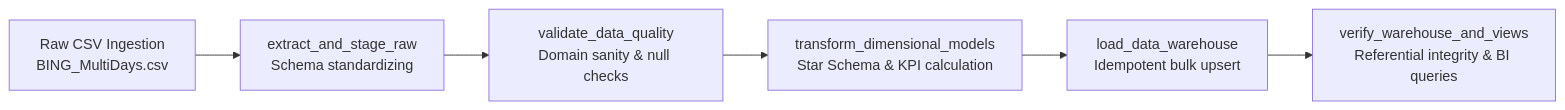
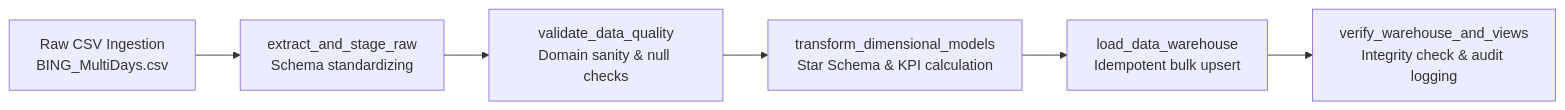
One commit to sk03167/radancy_airflow_assignment changed the diagram in README.md. Above: the diagram before and after it, drawn with Mermaid. The commit also changed other lines of this file and 5 other files, not shown here.

````diff
--- a/README.md
+++ b/README.md
@@ -13,8 +88,8 @@
 ```mermaid
 flowchart LR
     A[Raw CSV Ingestion<br/>BING_MultiDays.csv] --> B[extract_and_stage_raw<br/>Schema standardizing]
     B --> C[validate_data_quality<br/>Domain sanity & null checks]
     C --> D[transform_dimensional_models<br/>Star Schema & KPI calculation]
     D --> E[load_data_warehouse<br/>Idempotent bulk upsert]
-    E --> F[verify_warehouse_and_views<br/>Referential integrity & BI queries]
+    E --> F[verify_warehouse_and_views<br/>Integrity check & audit logging]
 ```
````
